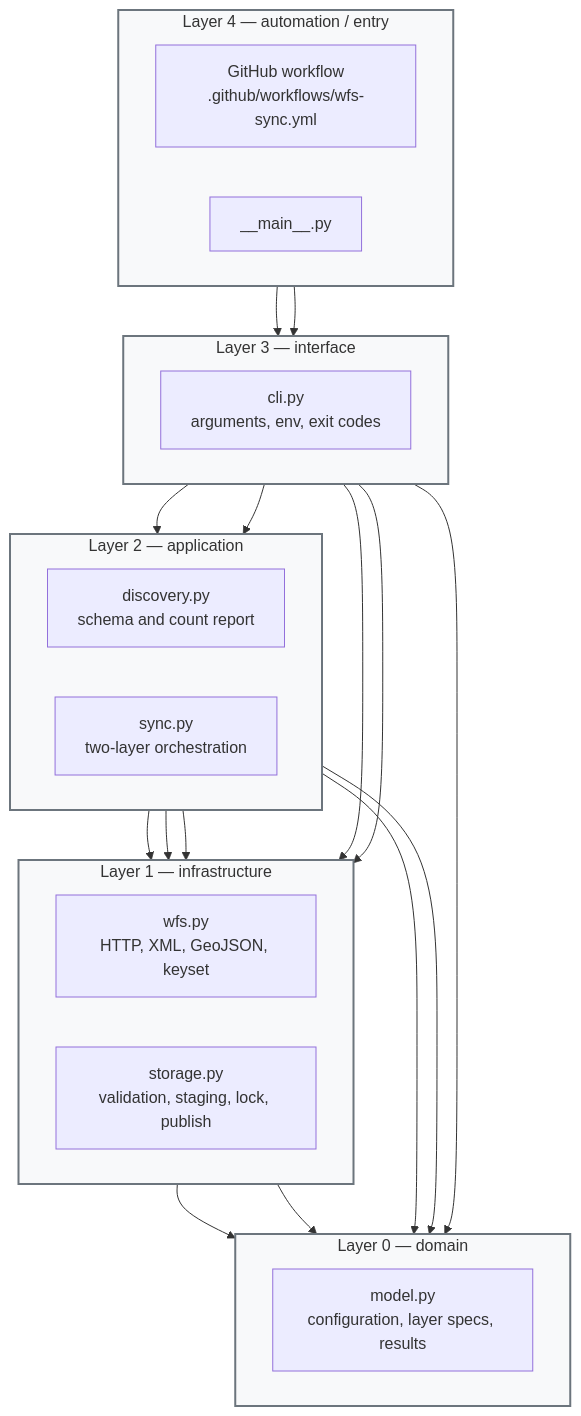
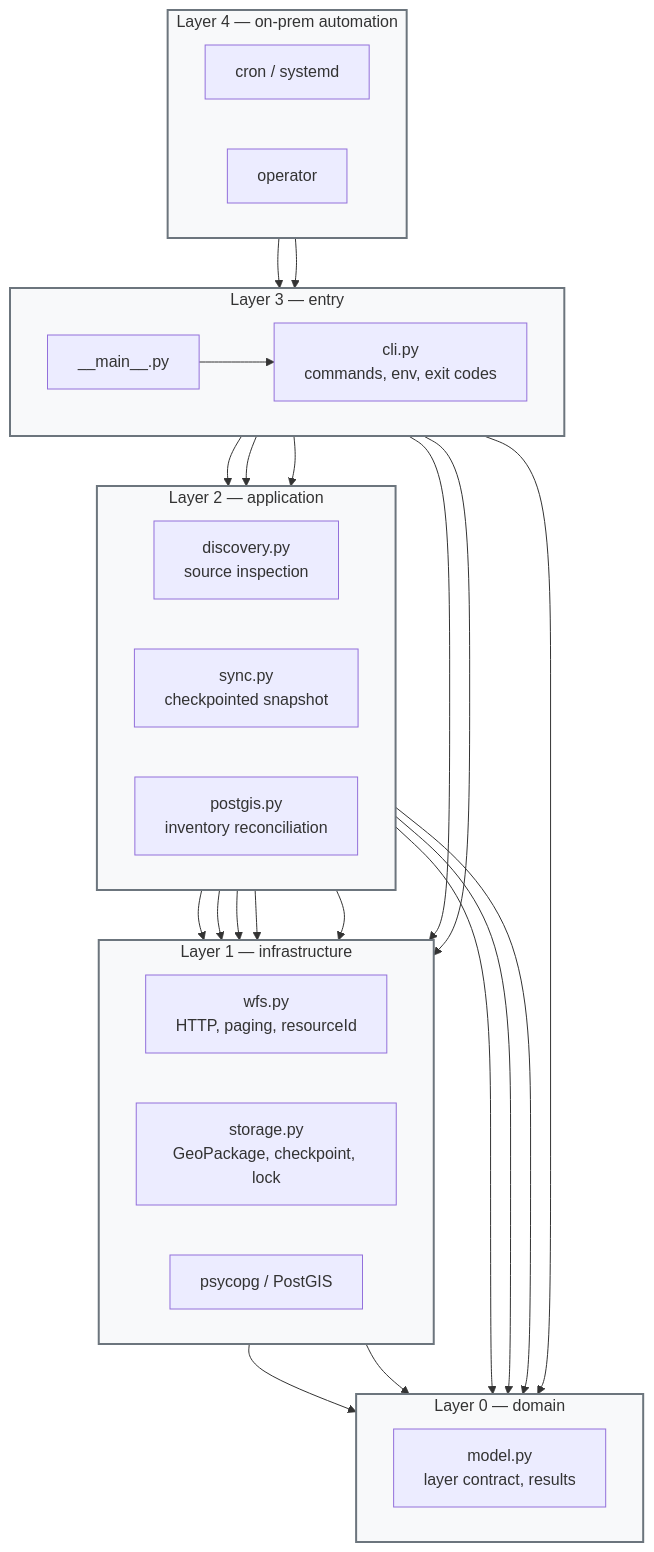
The first of 2 diagrams in JSPIS_WFS/Agents/DevDocs/wfs-sync/architecture.md (MatevzVidovic/on_the_fly), drawn with Mermaid before and after one commit. The commit also changed other lines of this file and 20 other files, not shown here.

````diff
--- a/JSPIS_WFS/Agents/DevDocs/wfs-sync/architecture.md
+++ b/JSPIS_WFS/Agents/DevDocs/wfs-sync/architecture.md
@@ -7,51 +7,59 @@
 ```mermaid
 flowchart TB
-    subgraph L4["Layer 4 — automation / entry"]
+    subgraph L4["Layer 4 — on-prem automation"]
         direction LR
-        WF["GitHub workflow<br/>.github/workflows/wfs-sync.yml"]
-        MAIN["__main__.py"]
+        CRON["cron / systemd"]
+        OP["operator"]
     end
 
-    subgraph L3["Layer 3 — interface"]
+    subgraph L3["Layer 3 — entry"]
         direction LR
-        CLI["cli.py<br/>arguments, env, exit codes"]
+        MAIN["__main__.py"]
+        CLI["cli.py<br/>commands, env, exit codes"]
     end
 
     subgraph L2["Layer 2 — application"]
         direction LR
-        DISC["discovery.py<br/>schema and count report"]
-        SYNC["sync.py<br/>two-layer orchestration"]
+        DISC["discovery.py<br/>source inspection"]
+        SNAP["sync.py<br/>checkpointed snapshot"]
+        DB["postgis.py<br/>inventory reconciliation"]
     end
 
     subgraph L1["Layer 1 — infrastructure"]
         direction LR
-        WFS["wfs.py<br/>HTTP, XML, GeoJSON, keyset"]
-        STORE["storage.py<br/>validation, staging, lock, publish"]
+        WFS["wfs.py<br/>HTTP, paging, resourceId"]
+        STORE["storage.py<br/>GeoPackage, checkpoint, lock"]
+        PG["psycopg / PostGIS"]
     end
 
     subgraph L0["Layer 0 — domain"]
         direction LR
-        MODEL["model.py<br/>configuration, layer specs, results"]
+        MODEL["model.py<br/>layer contract, results"]
     end
 
-    WF --> CLI
+    CRON --> MAIN
+    OP --> MAIN
     MAIN --> CLI
     CLI --> DISC
-    CLI --> SYNC
+    CLI --> SNAP
+    CLI --> DB
     CLI --> WFS
     CLI --> STORE
     CLI --> MODEL
     DISC --> WFS
     DISC --> MODEL
-    SYNC --> WFS
-    SYNC --> STORE
-    SYNC --> MODEL
+    SNAP --> WFS
+    SNAP --> STORE
+    SNAP --> MODEL
+    DB --> WFS
+    DB --> PG
+    DB --> MODEL
     WFS --> MODEL
     STORE --> MODEL
 
     style L4 fill:#f8f9fa,stroke:#6c757d,stroke-width:2px
     style L3 fill:#f8f9fa,stroke:#6c757d,stroke-width:2px
     style L2 fill:#f8f9fa,stroke:#6c757d,stroke-width:2px
     style L1 fill:#f8f9fa,stroke:#6c757d,stroke-width:2px
     style L0 fill:#f8f9fa,stroke:#6c757d,stroke-width:2px
 ```
````
